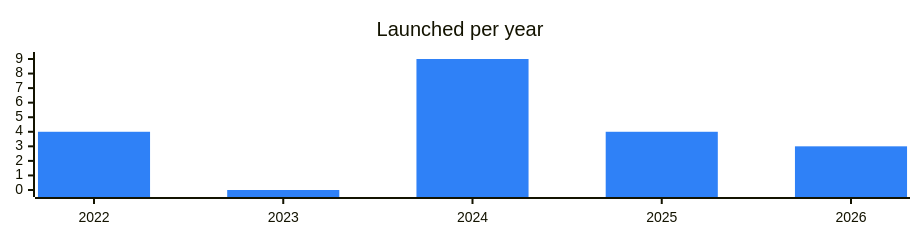
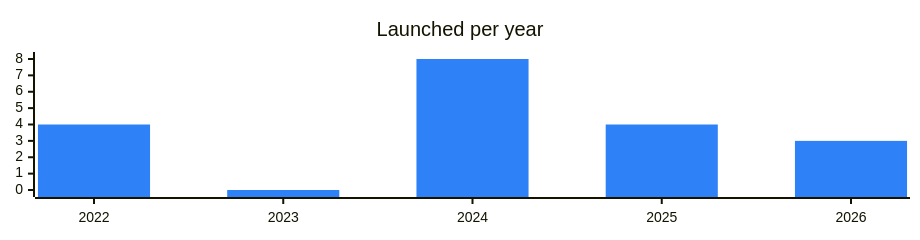
One commit to vitalikgpt/gram-ecosystem changed the diagram in categories/lending.md. Above: the diagram before and after it, drawn with Mermaid. The commit also changed other lines of this file and 69 other files, not shown here.

````diff
--- a/categories/lending.md
+++ b/categories/lending.md
@@ -7,7 +7,7 @@
 ```mermaid
 %%{init: {"xyChart": {"width": 900, "height": 220}, "themeVariables": {"xyChart": {"plotColorPalette": "#2f81f7"}}}}%%
 xychart-beta
   title "Launched per year"
   x-axis ["2022", "2023", "2024", "2025", "2026"]
-  bar [4, 0, 9, 4, 3]
+  bar [4, 0, 8, 4, 3]
 ```
````
